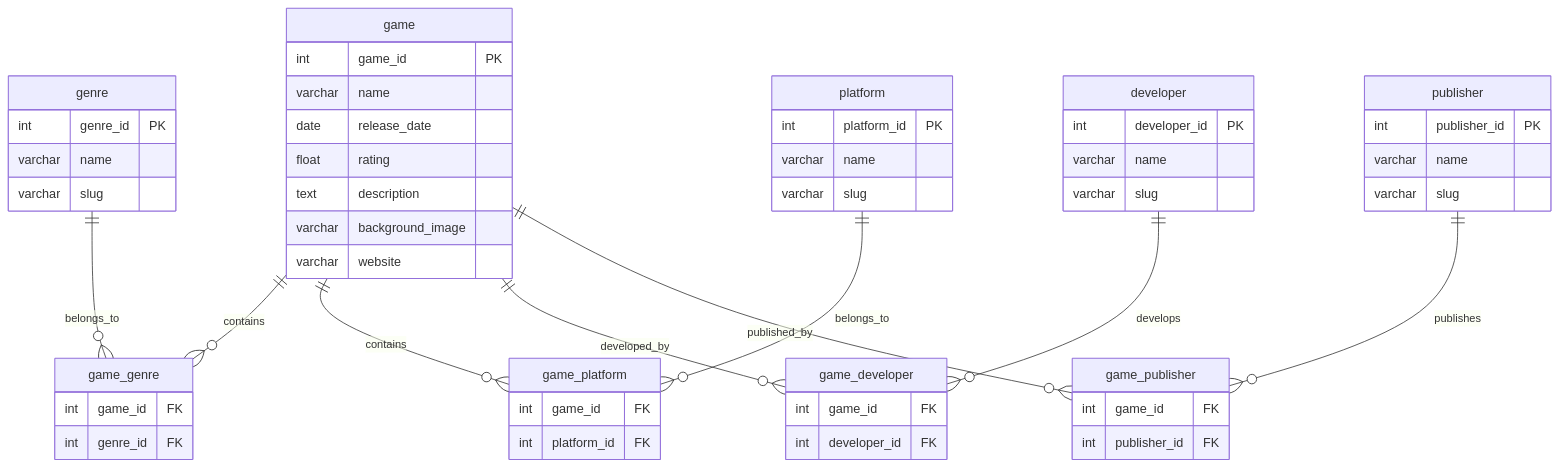
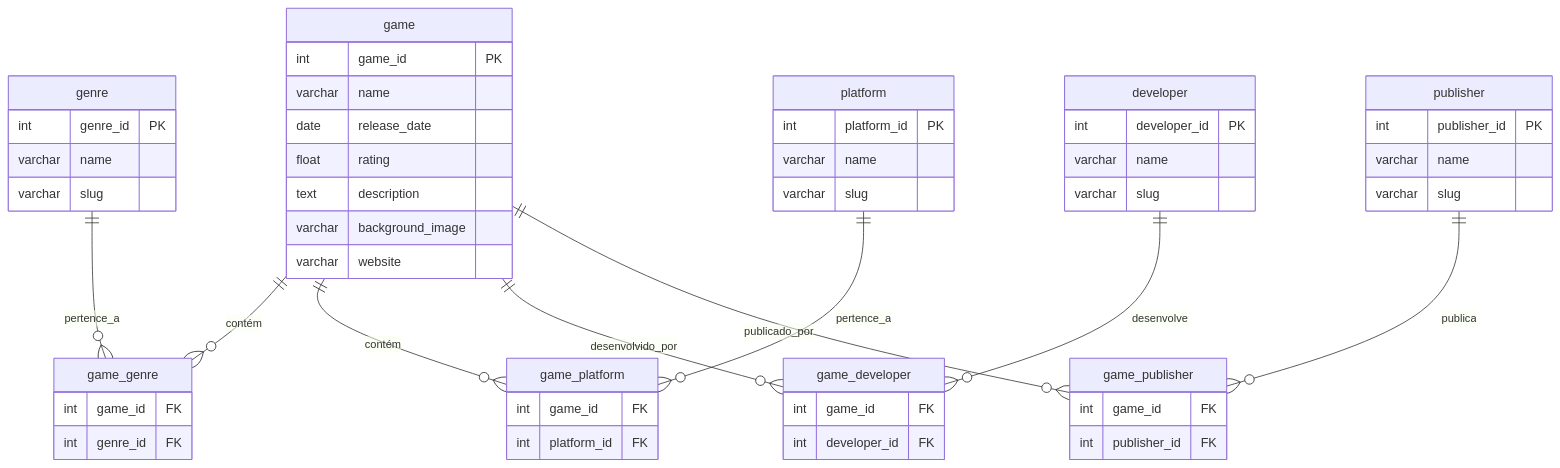
The diagram in README.md (nullifidianz/DB-Jogo), drawn with Mermaid before and after one commit.

````diff
--- a/README.md
+++ b/README.md
@@ -14,65 +14,65 @@
 ```mermaid
 erDiagram
-    game ||--o{ game_genre : contains
-    game ||--o{ game_platform : contains
-    game ||--o{ game_developer : developed_by
-    game ||--o{ game_publisher : published_by
-    genre ||--o{ game_genre : belongs_to
-    platform ||--o{ game_platform : belongs_to 
-    developer ||--o{ game_developer : develops
-    publisher ||--o{ game_publisher : publishes
+    game ||--o{ game_genre : contém
+    game ||--o{ game_platform : contém
+    game ||--o{ game_developer : desenvolvido_por
+    game ||--o{ game_publisher : publicado_por
+    genre ||--o{ game_genre : pertence_a
+    platform ||--o{ game_platform : pertence_a 
+    developer ||--o{ game_developer : desenvolve
+    publisher ||--o{ game_publisher : publica
 
     game {
         int game_id PK
         varchar name
         date release_date
         float rating
         text description
         varchar background_image
         varchar website
     }
 
     genre {
         int genre_id PK
         varchar name
         varchar slug
     }
 
     game_genre {
         int game_id FK
         int genre_id FK
     }
 
     platform {
         int platform_id PK
         varchar name
         varchar slug
     }
 
     game_platform {
         int game_id FK
         int platform_id FK
     }
 
     developer {
         int developer_id PK
         varchar name
         varchar slug
     }
 
     game_developer {
         int game_id FK
         int developer_id FK
     }
 
     publisher {
         int publisher_id PK
         varchar name
         varchar slug
     }
 
     game_publisher {
         int game_id FK
         int publisher_id FK
     }
 ```
````
